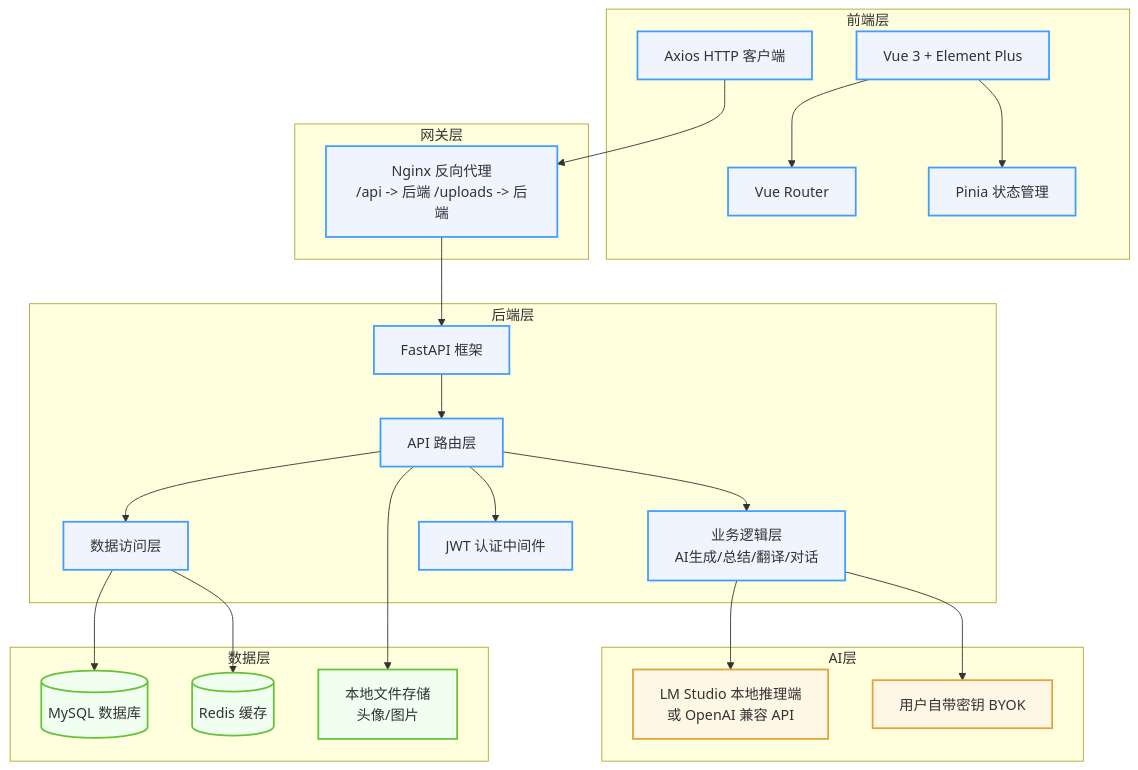
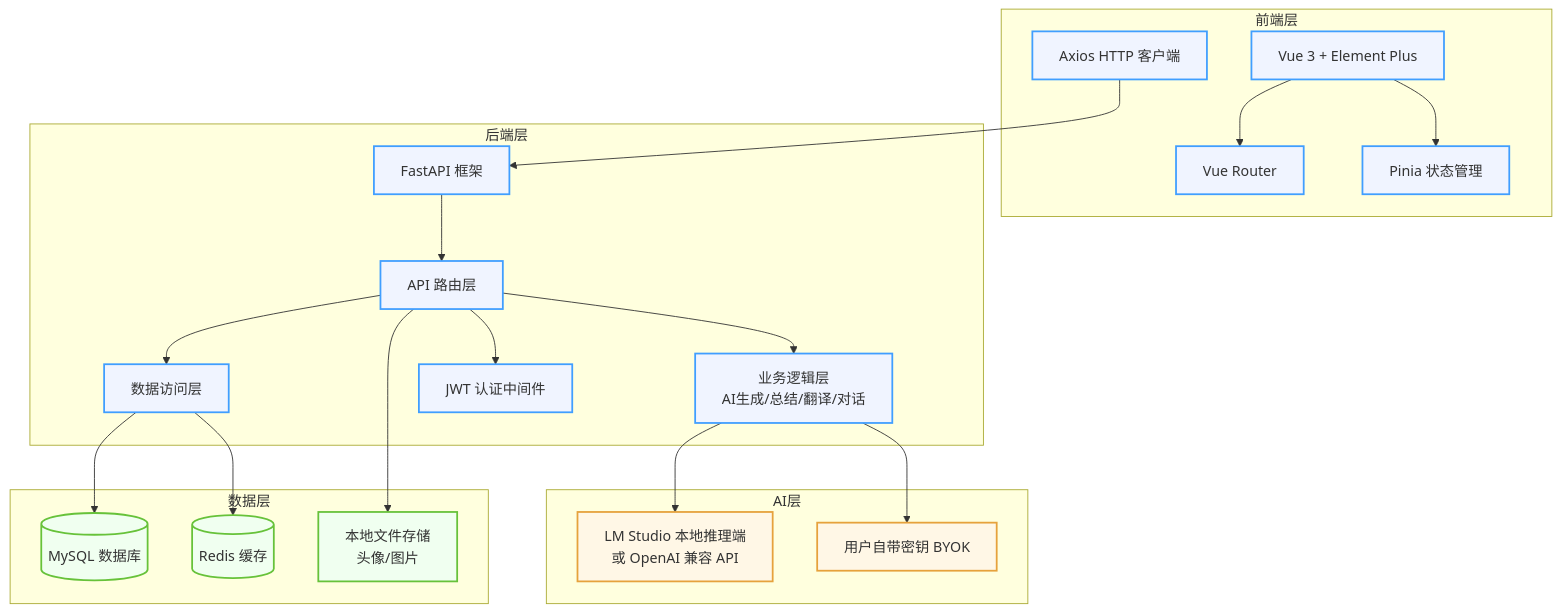
The diagram in docs/architecture.md (pmlpl/note-takingAssistant), drawn with Mermaid before and after one commit. The commit also changed 40 other files, not shown here.

````diff
--- a/docs/architecture.md
+++ b/docs/architecture.md
@@ -3,59 +3,51 @@
 ```mermaid
 graph TB
     subgraph 前端层
         Vue3[Vue 3 + Element Plus]
         Router[Vue Router]
         Pinia[Pinia 状态管理]
         Axios[Axios HTTP 客户端]
-    end
-
-    subgraph 网关层
-        Nginx[Nginx 反向代理<br/>/api -> 后端 /uploads -> 后端]
     end
 
     subgraph 后端层
         FastAPI[FastAPI 框架]
         RouterAPI[API 路由层]
         Service[业务逻辑层<br/>AI生成/总结/翻译/对话]
         CRUD[数据访问层]
         Auth[JWT 认证中间件]
     end
 
     subgraph AI层
         LMStudio[LM Studio 本地推理端<br/>或 OpenAI 兼容 API]
         BYOK[用户自带密钥 BYOK]
     end
 
     subgraph 数据层
         MySQL[(MySQL 数据库)]
         Redis[(Redis 缓存)]
         Uploads[本地文件存储<br/>头像/图片]
     end
 
-    %% 前端调用关系
-    Axios --> Nginx
-    Nginx --> FastAPI
+    Axios --> FastAPI
     Vue3 --> Router
     Vue3 --> Pinia
 
-    %% 后端调用关系
     FastAPI --> RouterAPI
     RouterAPI --> Auth
     RouterAPI --> Service
     RouterAPI --> CRUD
     Service --> LMStudio
     Service --> BYOK
     CRUD --> MySQL
     CRUD --> Redis
     RouterAPI --> Uploads
 
-    %% 数据流标注
     classDef layer fill:#f0f4ff,stroke:#409eff,stroke-width:2px
     classDef data fill:#f0fff0,stroke:#67c23a,stroke-width:2px
     classDef ai fill:#fff7e6,stroke:#e6a23c,stroke-width:2px
 
-    class Vue3,Router,Pinia,Axios,Nginx layer
+    class Vue3,Router,Pinia,Axios layer
     class FastAPI,RouterAPI,Service,CRUD,Auth layer
     class MySQL,Redis,Uploads data
     class LMStudio,BYOK ai
 ```
````
